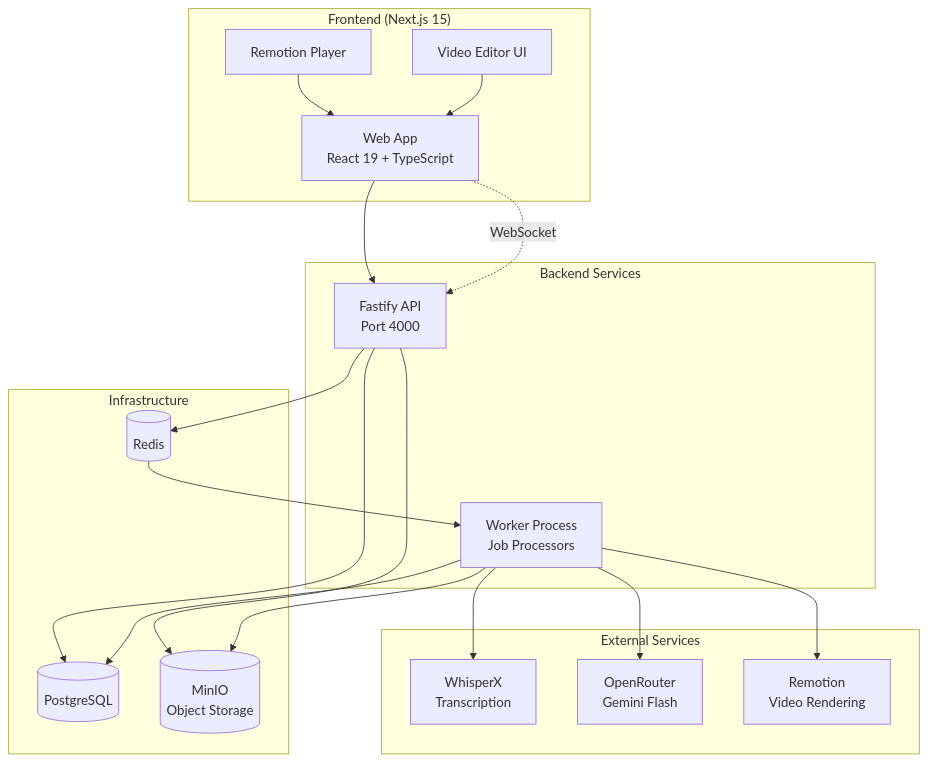
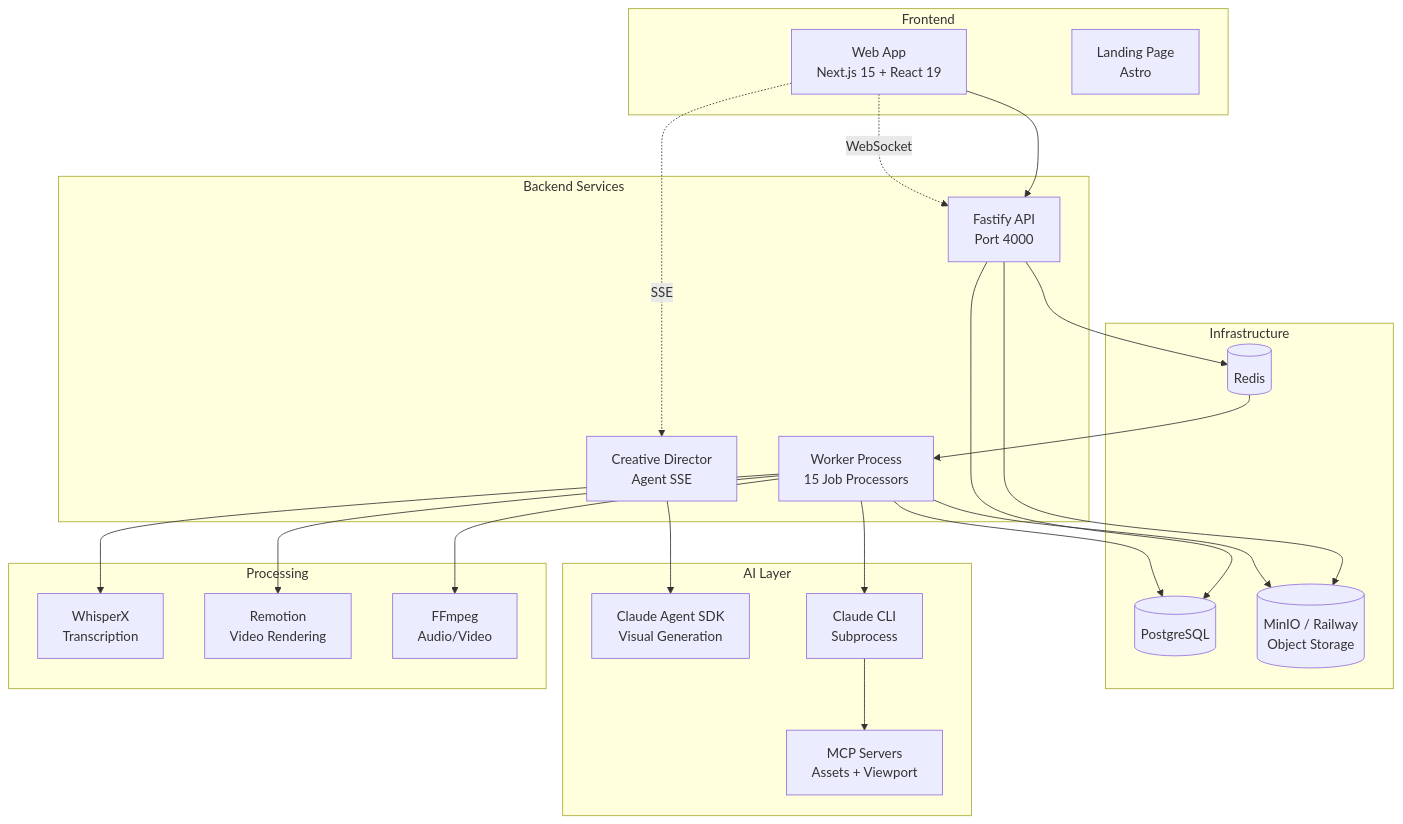
The first of 8 diagrams in README.md (rhythmshandlya/viona), drawn with Mermaid before and after one commit. The commit also changed other lines of this file and 22 other files, not shown here.

First line of the commit message:
docs: update all documentation to reflect current Viona architecture

````diff
--- a/README.md
+++ b/README.md
@@ -37,39 +38,47 @@
 ```mermaid
 graph TB
-    subgraph Frontend ["Frontend (Next.js 15)"]
-        WEB[Web App<br/>React 19 + TypeScript]
-        PLAYER[Remotion Player]
-        EDITOR[Video Editor UI]
+    subgraph Frontend ["Frontend"]
+        WEB[Web App<br/>Next.js 15 + React 19]
+        LANDING[Landing Page<br/>Astro]
     end
 
     subgraph Backend ["Backend Services"]
         API[Fastify API<br/>Port 4000]
-        WORKER[Worker Process<br/>Job Processors]
+        AGENT[Creative Director<br/>Agent SSE]
+        WORKER[Worker Process<br/>15 Job Processors]
     end
 
     subgraph Infrastructure ["Infrastructure"]
         PG[(PostgreSQL)]
         REDIS[(Redis)]
-        MINIO[(MinIO<br/>Object Storage)]
+        MINIO[(MinIO / Railway<br/>Object Storage)]
     end
 
-    subgraph External ["External Services"]
+    subgraph AI ["AI Layer"]
+        CLAUDE_SDK[Claude Agent SDK<br/>Visual Generation]
+        CLAUDE_CLI[Claude CLI<br/>Subprocess]
+        MCP[MCP Servers<br/>Assets + Viewport]
+    end
+
+    subgraph Processing ["Processing"]
         WHISPER[WhisperX<br/>Transcription]
-        LLM[OpenRouter<br/>Gemini Flash]
         REMOTION[Remotion<br/>Video Rendering]
+        FFMPEG[FFmpeg<br/>Audio/Video]
     end
 
     WEB --> API
     WEB -.WebSocket.-> API
+    WEB -.SSE.-> AGENT
     API --> PG
     API --> REDIS
     API --> MINIO
+    AGENT --> CLAUDE_SDK
     REDIS --> WORKER
     WORKER --> PG
     WORKER --> MINIO
     WORKER --> WHISPER
-    WORKER --> LLM
+    WORKER --> CLAUDE_CLI
+    CLAUDE_CLI --> MCP
     WORKER --> REMOTION
-    PLAYER --> WEB
-    EDITOR --> WEB
+    WORKER --> FFMPEG
 ```
````
